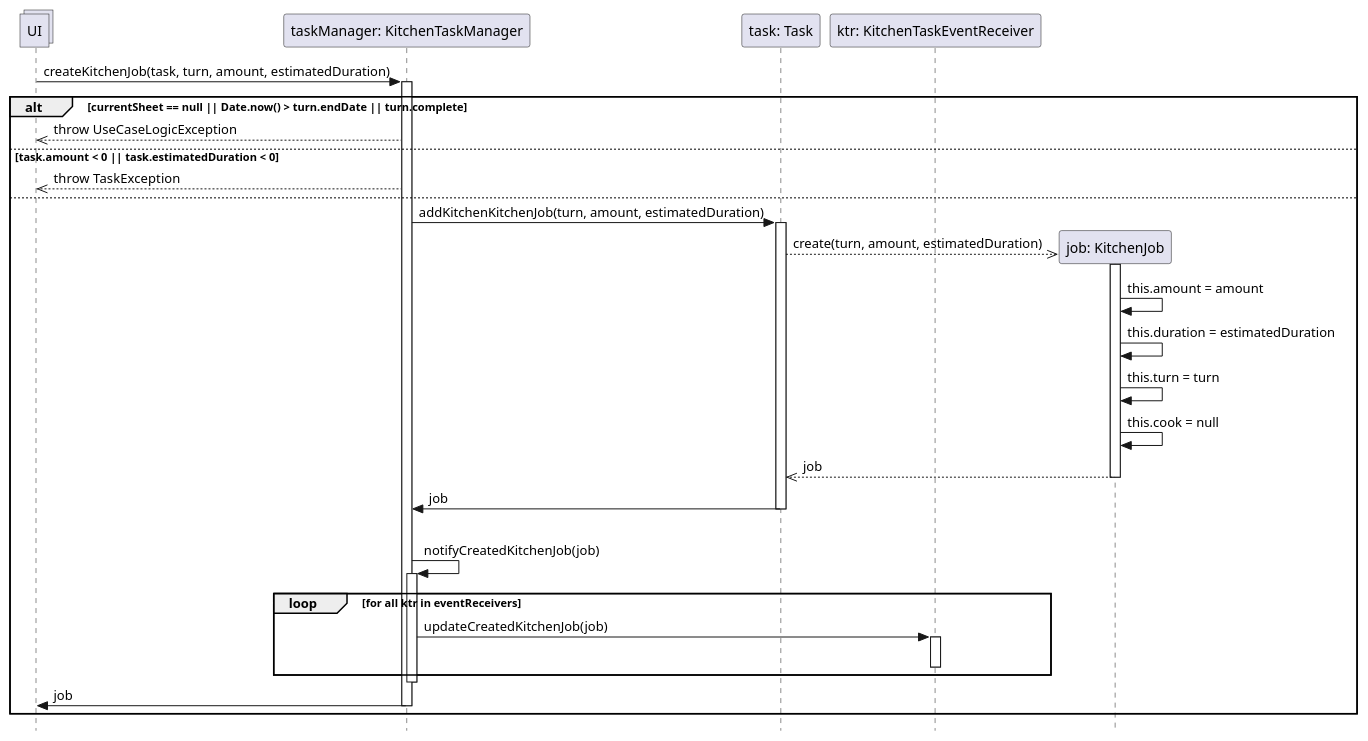
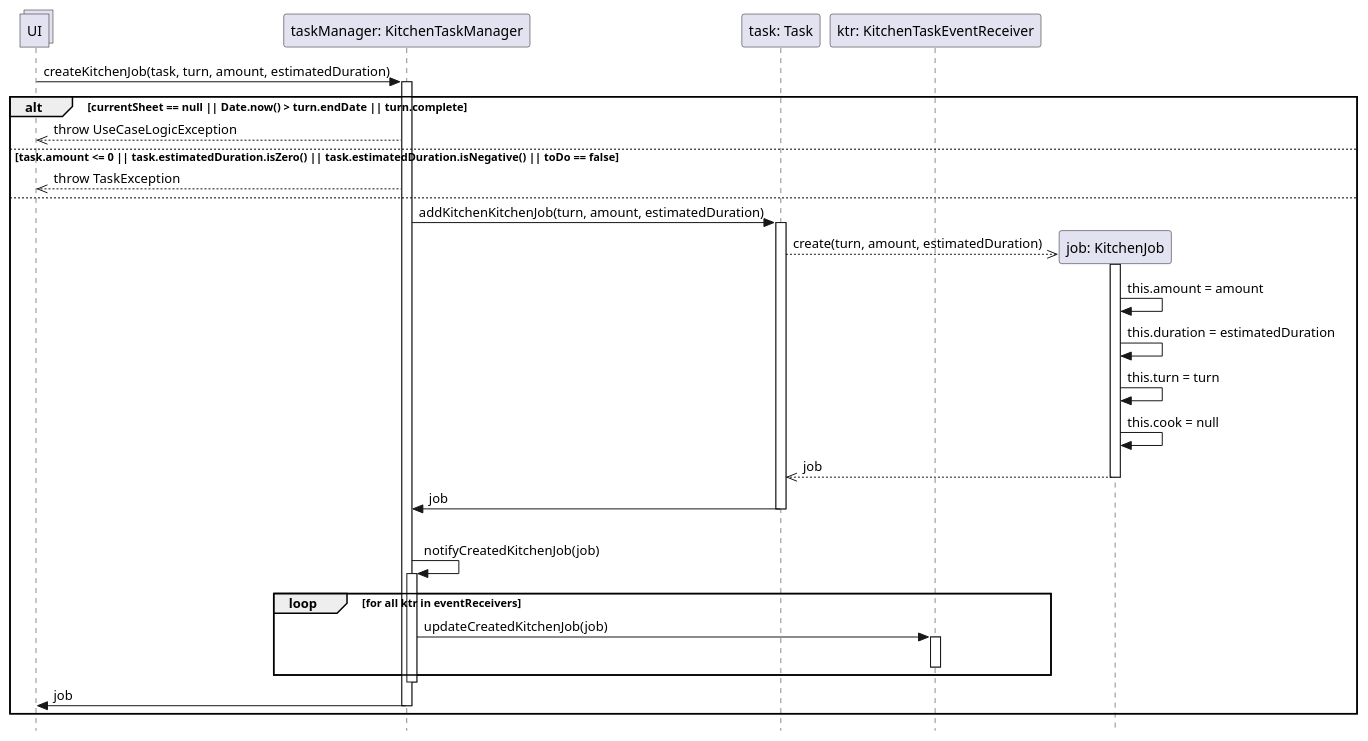
Before and after one commit to stefa168/sas-project: the diagram in UP/Progettazione/UC Gestire Compiti Cucina/DSD/DSD Operazione 6.puml, drawn with PlantUML. The commit also changed 4 other files, not shown here.

```diff
--- a/UP/Progettazione/UC Gestire Compiti Cucina/DSD/DSD Operazione 6.puml
+++ b/UP/Progettazione/UC Gestire Compiti Cucina/DSD/DSD Operazione 6.puml
@@ -1,51 +1,51 @@
 @startuml Operazione 6
 skinparam Style strictuml
 
 collections UI
 
 participant "taskManager: KitchenTaskManager" as tm
 UI -> tm: createKitchenJob(task, turn, amount, estimatedDuration)
 activate tm
 
 participant "task: Task" as task
 participant "ktr: KitchenTaskEventReceiver" as ktr
 
 alt currentSheet == null || Date.now() > turn.endDate || turn.complete
     UI <<-- tm: throw UseCaseLogicException
-else task.amount < 0 || task.estimatedDuration < 0
+else task.amount <= 0 || task.estimatedDuration.isZero() || task.estimatedDuration.isNegative() || toDo == false
     UI <<-- tm: throw TaskException
 else
 
     tm -> task: addKitchenKitchenJob(turn, amount, estimatedDuration)
     activate task
 
     participant "job: KitchenJob" as job
     task -->> job**: create(turn, amount, estimatedDuration)
 
     activate job
         job -> job: this.amount = amount
         job -> job: this.duration = estimatedDuration
         job -> job: this.turn = turn
         job -> job: this.cook = null
 
     return job
 
     tm <- task: job
     deactivate task
 
     |||
     tm -> tm: notifyCreatedKitchenJob(job)
     activate tm
     loop for all ktr in eventReceivers
         tm -> ktr : updateCreatedKitchenJob(job)
         activate ktr
         deactivate ktr
     end
     deactivate tm
 
     UI <- tm: job
     deactivate tm
     
 end
 
 @enduml
```
